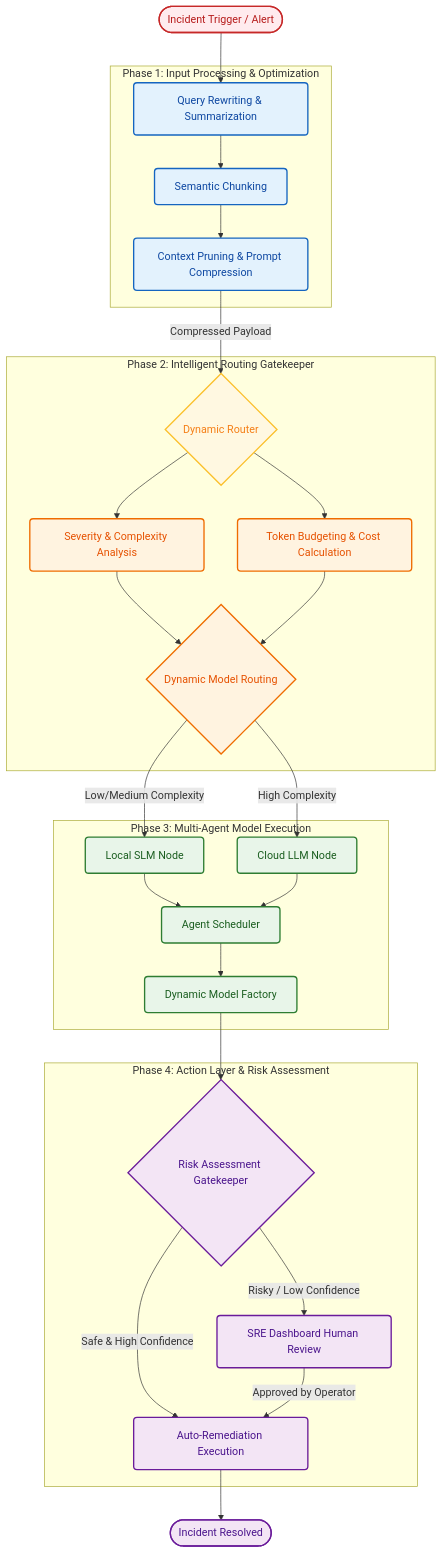
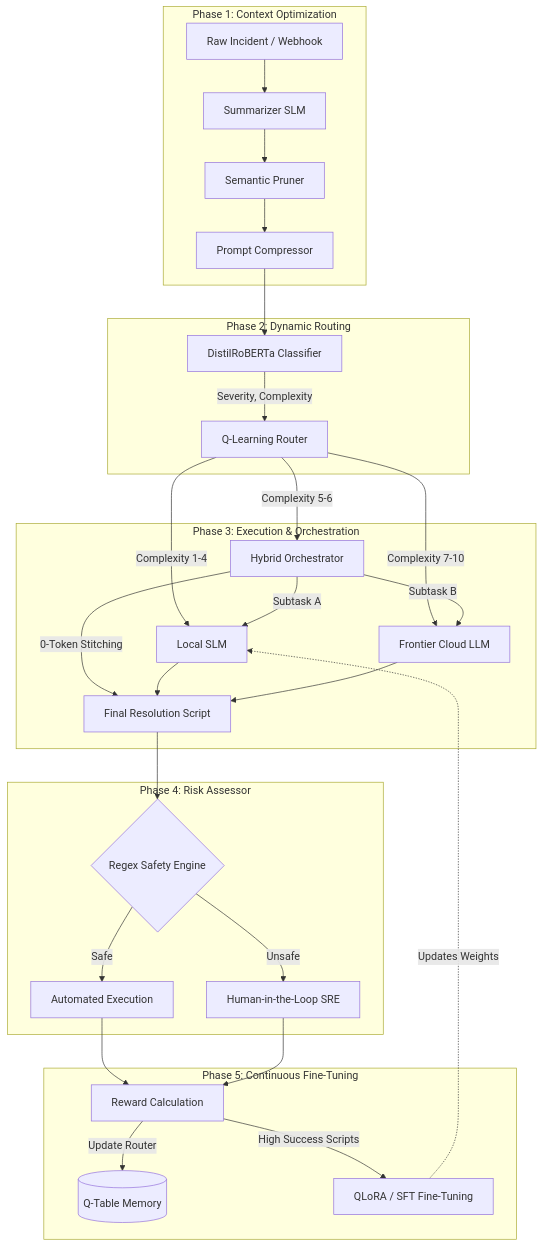
One commit to anand-esc/tokenawarearch changed the first of 2 diagrams in README.md. Above: the diagram before and after it, drawn with Mermaid. The commit also changed other lines of this file, not shown here.

Commit message:
docs: Update architecture diagram and add Hybrid Orchestration & Phase 5 details

````diff
--- a/README.md
+++ b/README.md
@@ -50,46 +36,39 @@
 ```mermaid
 graph TD
-    classDef trigger fill:#ffebee,stroke:#c62828,stroke-width:2px,color:#b71c1c,rx:5px,ry:5px
-    classDef phase1 fill:#e3f2fd,stroke:#1565c0,stroke-width:2px,color:#0d47a1,rx:5px,ry:5px
-    classDef phase2 fill:#fff3e0,stroke:#ef6c00,stroke-width:2px,color:#e65100,rx:5px,ry:5px
-    classDef phase3 fill:#e8f5e9,stroke:#2e7d32,stroke-width:2px,color:#1b5e20,rx:5px,ry:5px
-    classDef action fill:#f3e5f5,stroke:#6a1b9a,stroke-width:2px,color:#4a148c,rx:5px,ry:5px
-    classDef global fill:#fff8e1,stroke:#fbc02d,stroke-width:2px,color:#f57f17,rx:5px,ry:5px
-
-    A([Incident Trigger / Alert]):::trigger --> B
-    
-    subgraph Phase1 ["Phase 1: Input Processing & Optimization"]
-        B[Query Rewriting & Summarization]:::phase1 --> C[Semantic Chunking]:::phase1
-        C --> D[Context Pruning & Prompt Compression]:::phase1
+    subgraph Phase 1: Context Optimization
+        A[Raw Incident / Webhook] --> B[Summarizer SLM]
+        B --> C[Semantic Pruner]
+        C --> D[Prompt Compressor]
     end
 
-    D --> |Compressed Payload| E
-    
-    subgraph Phase2 ["Phase 2: Intelligent Routing Gatekeeper"]
-        E{Dynamic Router}:::global
-        E --> F[Severity & Complexity Analysis]:::phase2
-        E --> G[Token Budgeting & Cost Calculation]:::phase2
-        F --> H{Dynamic Model Routing}:::phase2
-        G --> H
-    end
-    
-    H --> |Low/Medium Complexity| L_SLM
-    H --> |High Complexity| C_LLM
-
-    subgraph Phase3 ["Phase 3: Multi-Agent Model Execution"]
-        L_SLM[Local SLM Node]:::phase3 --> Scheduler[Agent Scheduler]:::phase3
-        C_LLM[Cloud LLM Node]:::phase3 --> Scheduler
-        Scheduler --> Factory[Dynamic Model Factory]:::phase3
+    subgraph Phase 2: Dynamic Routing
+        D --> E[DistilRoBERTa Classifier]
+        E -->|Severity, Complexity| F[Q-Learning Router]
     end
 
-    Factory --> I
-    
-    subgraph Phase4 ["Phase 4: Action Layer & Risk Assessment"]
-        I{Risk Assessment Gatekeeper}:::action
-        I --> |Safe & High Confidence| J[Auto-Remediation Execution]:::action
-        I --> |Risky / Low Confidence| K[SRE Dashboard Human Review]:::action
+    subgraph Phase 3: Execution & Orchestration
+        F -->|Complexity 1-4| G[Local SLM]
+        F -->|Complexity 7-10| H[Frontier Cloud LLM]
+        F -->|Complexity 5-6| I[Hybrid Orchestrator]
+        
+        I -->|Subtask A| G
+        I -->|Subtask B| H
+        I -->|0-Token Stitching| J[Final Resolution Script]
+        G --> J
+        H --> J
     end
-    
-    J --> L([Incident Resolved]):::action
-    K --> |Approved by Operator| J
+
+    subgraph Phase 4: Risk Assessor
+        J --> K{Regex Safety Engine}
+        K -->|Safe| L[Automated Execution]
+        K -->|Unsafe| M[Human-in-the-Loop SRE]
+    end
+
+    subgraph Phase 5: Continuous Fine-Tuning
+        L --> N[Reward Calculation]
+        M --> N
+        N -->|Update Router| O[(Q-Table Memory)]
+        N -->|High Success Scripts| P[QLoRA / SFT Fine-Tuning]
+        P -.->|Updates Weights| G
+    end
 ```
````
